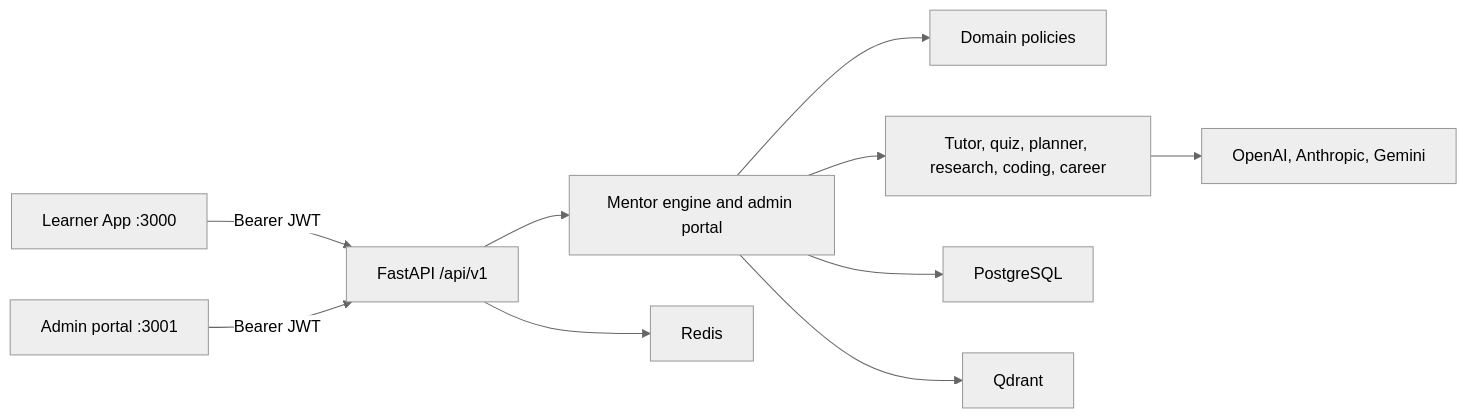
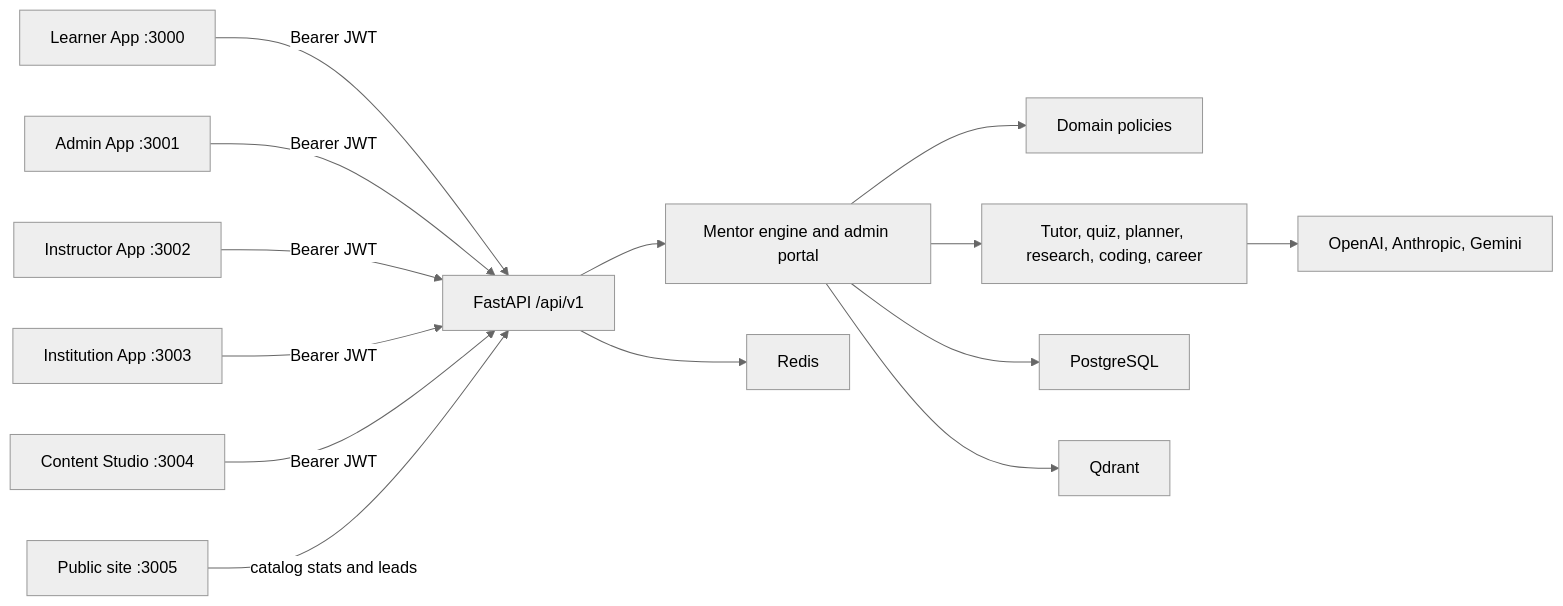
One commit to Nditah/AI-Mentor changed the diagram in README.md. Above: the diagram before and after it, drawn with Mermaid (neutral theme). The commit also changed other lines of this file and 239 other files, not shown here.

````diff
--- a/README.md
+++ b/README.md
@@ -69,23 +73,31 @@
 ```mermaid
 flowchart LR
   Learner["Learner App :3000"]
-  Admin["Admin portal :3001"]
+  Admin["Admin App :3001"]
+  Instructor["Instructor App :3002"]
+  Institution["Institution App :3003"]
+  Studio["Content Studio :3004"]
+  Www["Public site :3005"]
   API["FastAPI /api/v1"]
   Engine["Mentor engine and admin portal"]
   Domain["Domain policies"]
   Agents["Tutor, quiz, planner, research, coding, career"]
   Models["OpenAI, Anthropic, Gemini"]
   PG["PostgreSQL"]
   QD["Qdrant"]
   RD["Redis"]
 
   Learner -->|Bearer JWT| API
   Admin -->|Bearer JWT| API
+  Instructor -->|Bearer JWT| API
+  Institution -->|Bearer JWT| API
+  Studio -->|Bearer JWT| API
+  Www -->|catalog stats and leads| API
   API --> RD
   API --> Engine
   Engine --> Domain
   Engine --> Agents
   Agents --> Models
   Engine --> PG
   Engine --> QD
 ```
````
